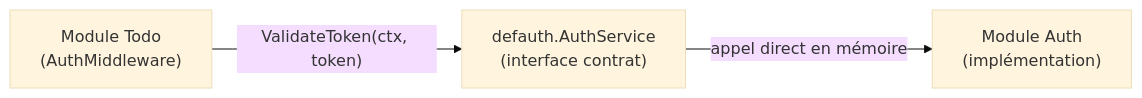
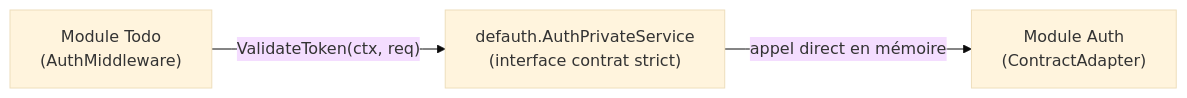
Diagram 15 of 18 in hexo/source/_posts/fr/presentation-mmw.md (pivaldi/blog.piprime.fr), drawn with Mermaid (base theme) before and after one commit. The commit also changed other lines of this file and 4 other files, not shown here.

````diff
--- a/hexo/source/_posts/fr/presentation-mmw.md
+++ b/hexo/source/_posts/fr/presentation-mmw.md
@@ -824,9 +1260,9 @@
 ```mermaid
 graph LR
     Todo["Module Todo<br>(AuthMiddleware)"]
-    Contract["defauth.AuthService<br>(interface contrat)"]
-    Auth["Module Auth<br>(implémentation)"]
+    Contract["defauth.AuthPrivateService<br>(interface contrat strict)"]
+    Auth["Module Auth<br>(ContractAdapter)"]
 
-    Todo -->|"ValidateToken(ctx, token)"| Contract
+    Todo -->|"ValidateToken(ctx, req)"| Contract
     Contract -->|"appel direct en mémoire"| Auth
 ```
````
